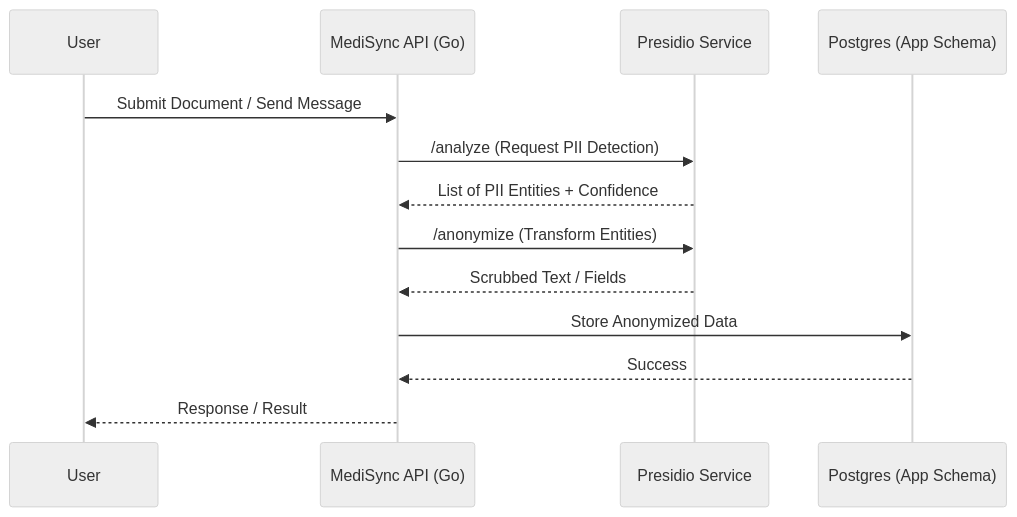
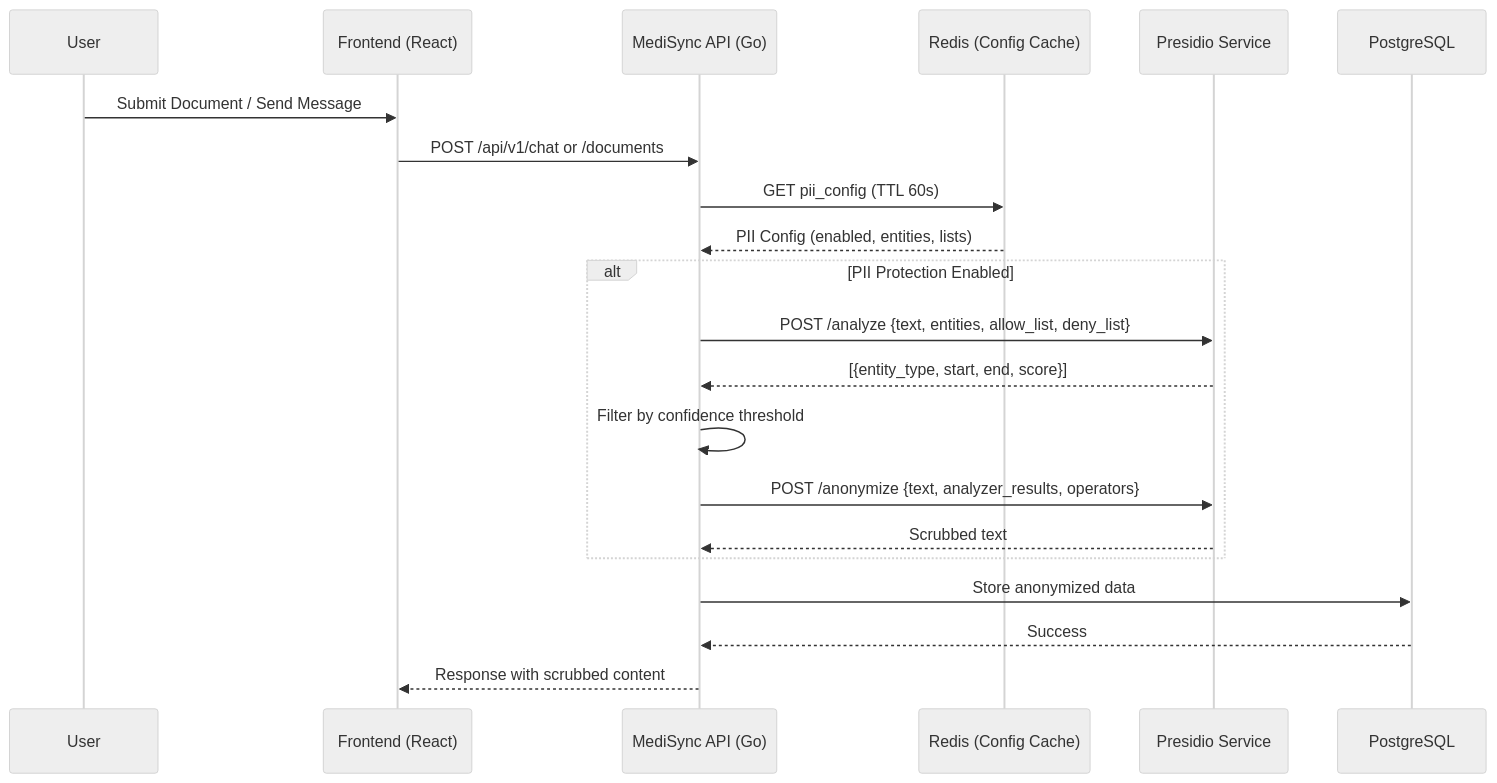
One commit to veerababumanyam/MediSync changed the first of 3 diagrams in docs/PII-PROTECTION.md. Above: the diagram before and after it, drawn with Mermaid (neutral theme). The commit also changed other lines of this file and 30 other files, not shown here.

````diff
--- a/docs/PII-PROTECTION.md
+++ b/docs/PII-PROTECTION.md
@@ -17,16 +47,24 @@
 ```mermaid
 sequenceDiagram
     participant User
+    participant FE as Frontend (React)
     participant API as MediSync API (Go)
+    participant Cache as Redis (Config Cache)
     participant Presidio as Presidio Service
-    participant DB as Postgres (App Schema)
+    participant DB as PostgreSQL
 
-    User->>API: Submit Document / Send Message
-    API->>Presidio: /analyze (Request PII Detection)
-    Presidio-->>API: List of PII Entities + Confidence
-    API->>Presidio: /anonymize (Transform Entities)
-    Presidio-->>API: Scrubbed Text / Fields
-    API->>DB: Store Anonymized Data
+    User->>FE: Submit Document / Send Message
+    FE->>API: POST /api/v1/chat or /documents
+    API->>Cache: GET pii_config (TTL 60s)
+    Cache-->>API: PII Config (enabled, entities, lists)
+    alt PII Protection Enabled
+        API->>Presidio: POST /analyze {text, entities, allow_list, deny_list}
+        Presidio-->>API: [{entity_type, start, end, score}]
+        API->>API: Filter by confidence threshold
+        API->>Presidio: POST /anonymize {text, analyzer_results, operators}
+        Presidio-->>API: Scrubbed text
+    end
+    API->>DB: Store anonymized data
     DB-->>API: Success
-    API-->>User: Response / Result
+    API-->>FE: Response with scrubbed content
 ```
````
